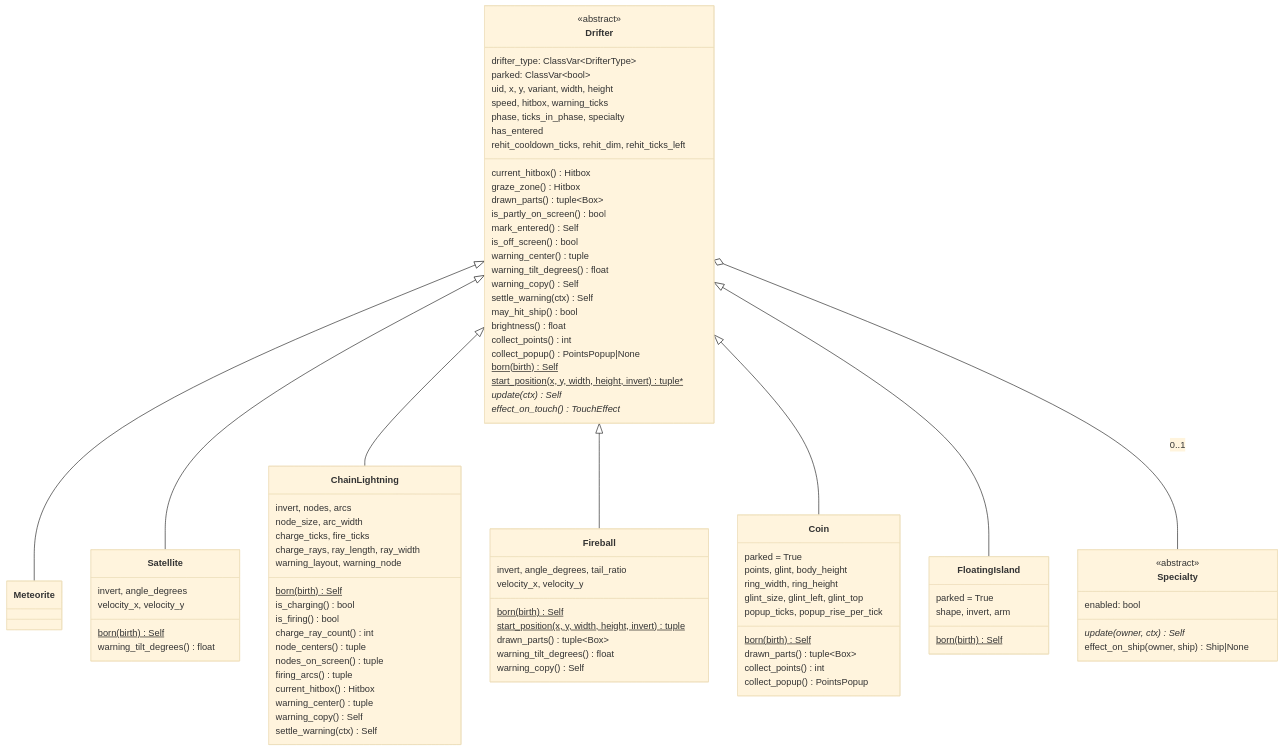
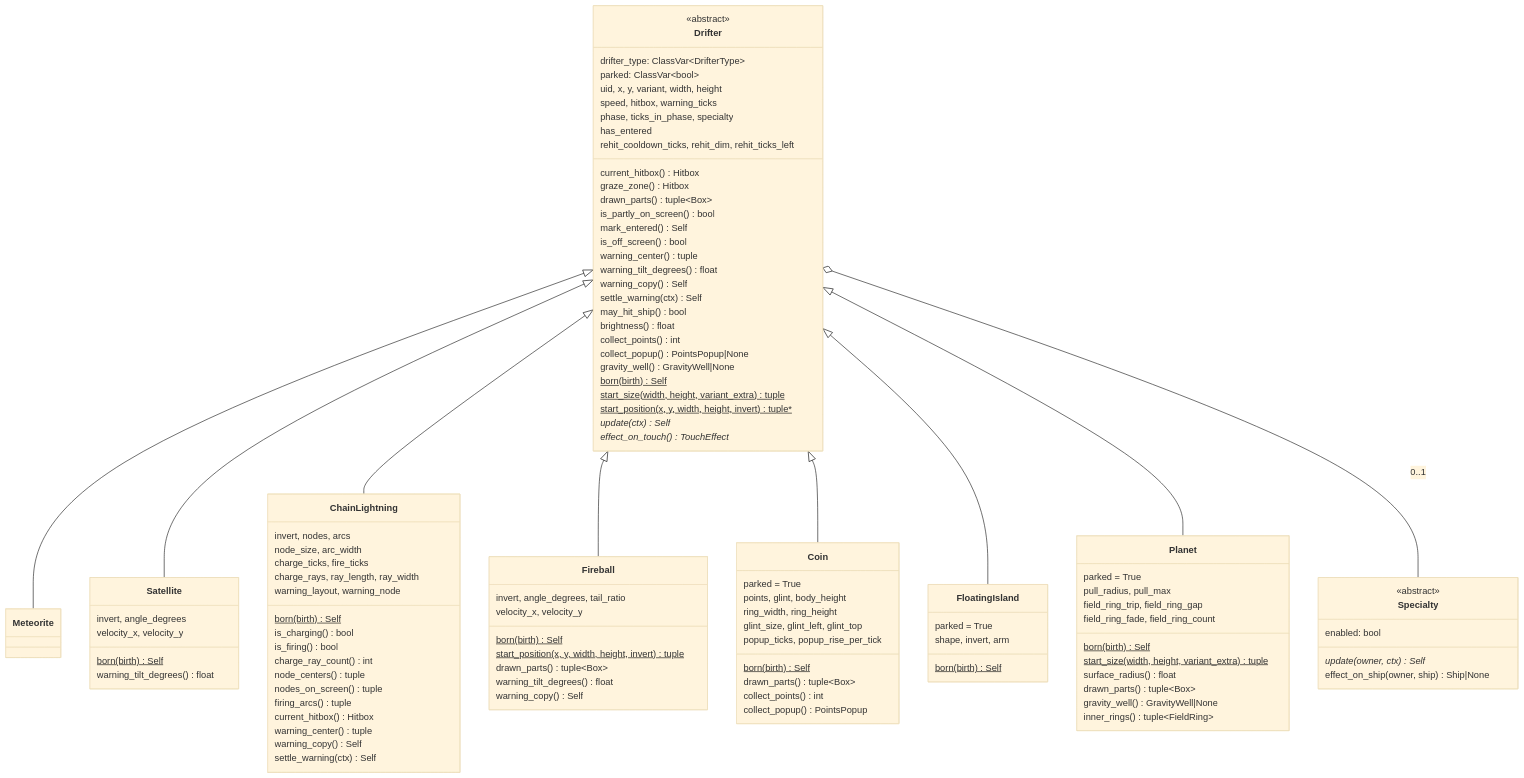
Before and after one commit to david-mntl/driftward-ace: the first of 6 diagrams in docs/contracts/systems/drifters.md, drawn with Mermaid (base theme). The commit also changed other lines of this file and 14 other files, not shown here.

Commit message:
docs(contracts): add DRA-96 planet tasks and tuning schema; update drifters, ship, run, app contracts and wave and debug spawn schemas

````diff
--- a/docs/contracts/systems/drifters.md
+++ b/docs/contracts/systems/drifters.md
@@ -63,7 +67,9 @@
     brightness() float
     collect_points() int
     collect_popup() PointsPopup|None
+    gravity_well() GravityWell|None
     born(birth)$ Self
+    start_size(width, height, variant_extra)$ tuple
     start_position(x, y, width, height, invert)$ tuple*
     update(ctx) Self*
     effect_on_touch() TouchEffect*
@@ -124,11 +130,24 @@
     shape, invert, arm
     born(birth)$ Self
   }
+  class Planet {
+    parked = True
+    pull_radius, pull_max
+    field_ring_trip, field_ring_gap
+    field_ring_fade, field_ring_count
+    born(birth)$ Self
+    start_size(width, height, variant_extra)$ tuple
+    surface_radius() float
+    drawn_parts() tuple~Box~
+    gravity_well() GravityWell|None
+    inner_rings() tuple~FieldRing~
+  }
   Drifter <|-- Meteorite
   Drifter <|-- Satellite
   Drifter <|-- ChainLightning
   Drifter <|-- Fireball
   Drifter <|-- Coin
   Drifter <|-- FloatingIsland
+  Drifter <|-- Planet
   Drifter o-- Specialty : 0..1
 ```
````
